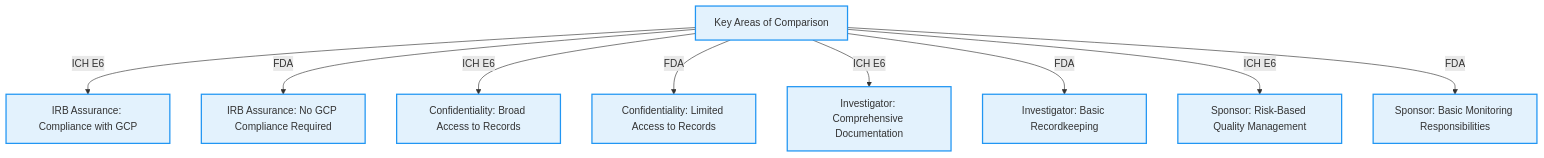
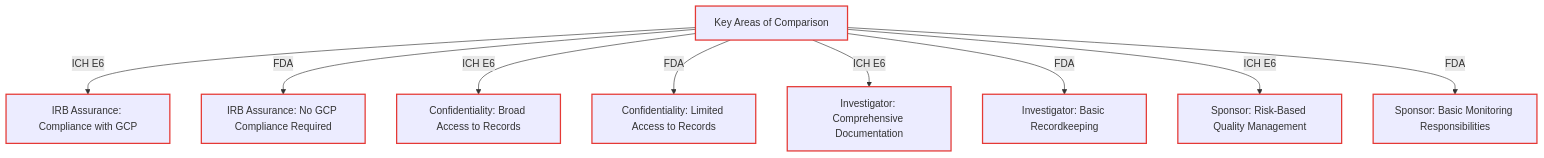
Before and after one commit to mfathy2/CourseSummarizer: the first of 3 diagrams in course2/module10_ich_comparison.md, drawn with Mermaid.

````diff
--- a/course2/module10_ich_comparison.md
+++ b/course2/module10_ich_comparison.md
@@ -25,14 +25,14 @@
 ```mermaid
 graph TD
     A[Key Areas of Comparison] -->|ICH E6| B[IRB Assurance: Compliance with GCP]
     A -->|FDA| C[IRB Assurance: No GCP Compliance Required]
     A -->|ICH E6| D[Confidentiality: Broad Access to Records]
     A -->|FDA| E[Confidentiality: Limited Access to Records]
     A -->|ICH E6| F[Investigator: Comprehensive Documentation]
     A -->|FDA| G[Investigator: Basic Recordkeeping]
     A -->|ICH E6| H[Sponsor: Risk-Based Quality Management]
     A -->|FDA| I[Sponsor: Basic Monitoring Responsibilities]
 
-    classDef chartStyle fill:#e3f2fd,stroke:#2196f3,stroke-width:2px;
+    classDef chartStyle #ffebee,stroke:#e53935,stroke-width:2px;
     class A,B,C,D,E,F,G,H,I chartStyle;
 ```
````
